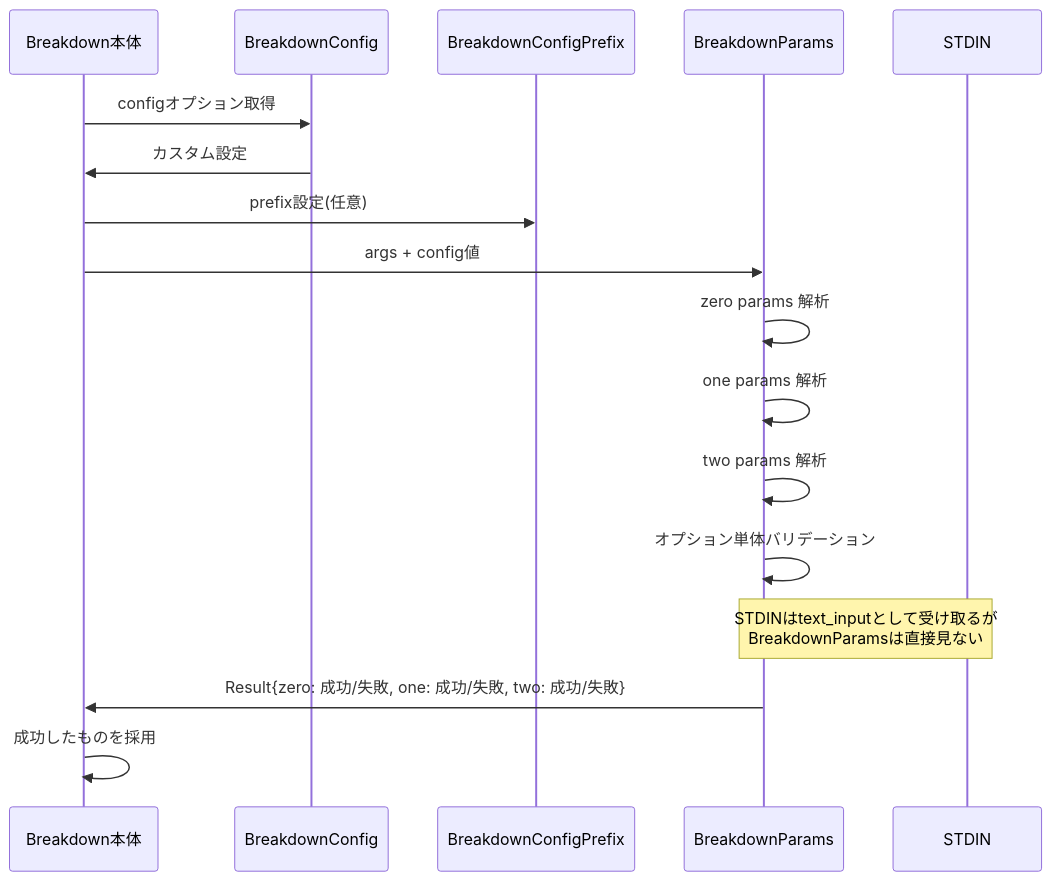
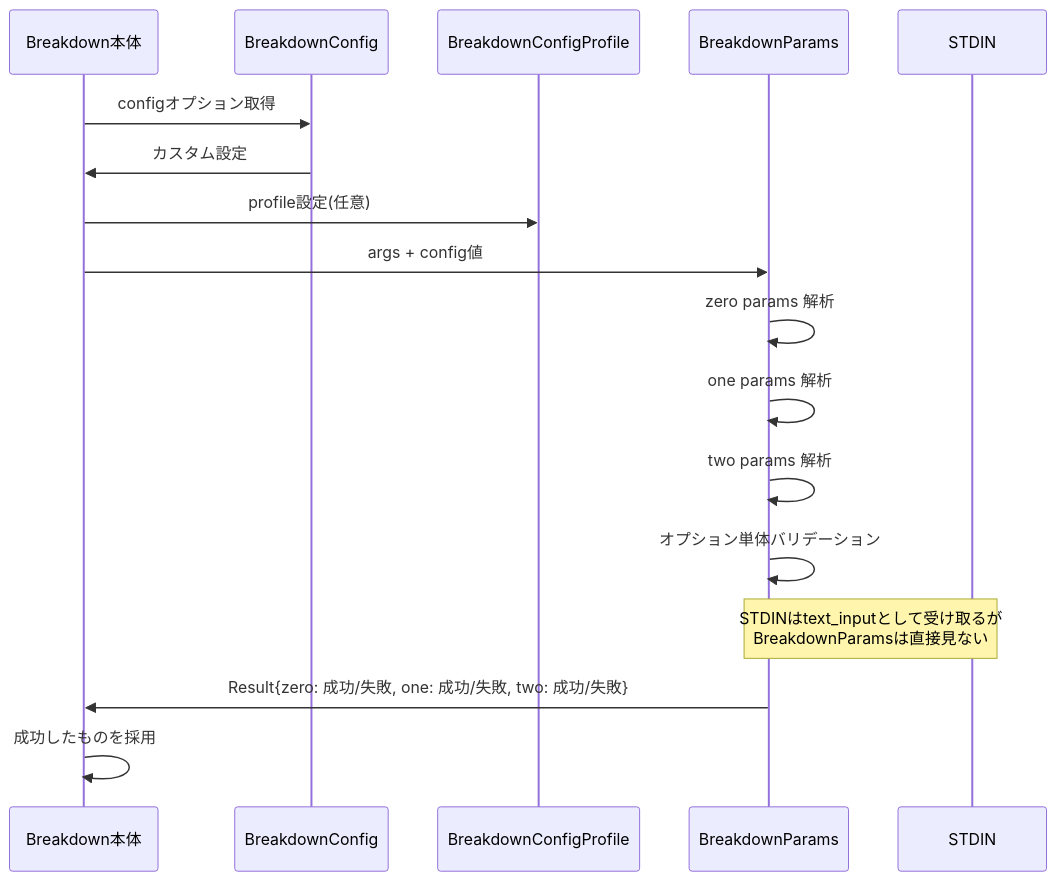
Before and after one commit to tettuan/breakdown: the second of 5 diagrams in docs/breakdown/overview/architecture.ja.md, drawn with Mermaid. The commit also changed other lines of this file, not shown here.

First line of the commit message:
refactor: update architecture.ja.md with Profile terminology and totality-type principles

````diff
--- a/docs/breakdown/overview/architecture.ja.md
+++ b/docs/breakdown/overview/architecture.ja.md
@@ -184,23 +216,23 @@
 ```mermaid
 sequenceDiagram
     participant Core as Breakdown本体
     participant Config as BreakdownConfig
-    participant Prefix as BreakdownConfigPrefix
+    participant Profile as BreakdownConfigProfile
     participant Params as BreakdownParams
     participant STDIN
     
     Core->>Config: configオプション取得
     Config->>Core: カスタム設定
-    Core->>Prefix: prefix設定(任意)
+    Core->>Profile: profile設定(任意)
     Core->>Params: args + config値
     
     Params->>Params: zero params 解析
     Params->>Params: one params 解析
     Params->>Params: two params 解析
     Params->>Params: オプション単体バリデーション
     
     Note over STDIN,Params: STDINはtext_inputとして受け取るが<br/>BreakdownParamsは直接見ない
     
     Params->>Core: Result{zero: 成功/失敗, one: 成功/失敗, two: 成功/失敗}
     Core->>Core: 成功したものを採用
 ```
````
